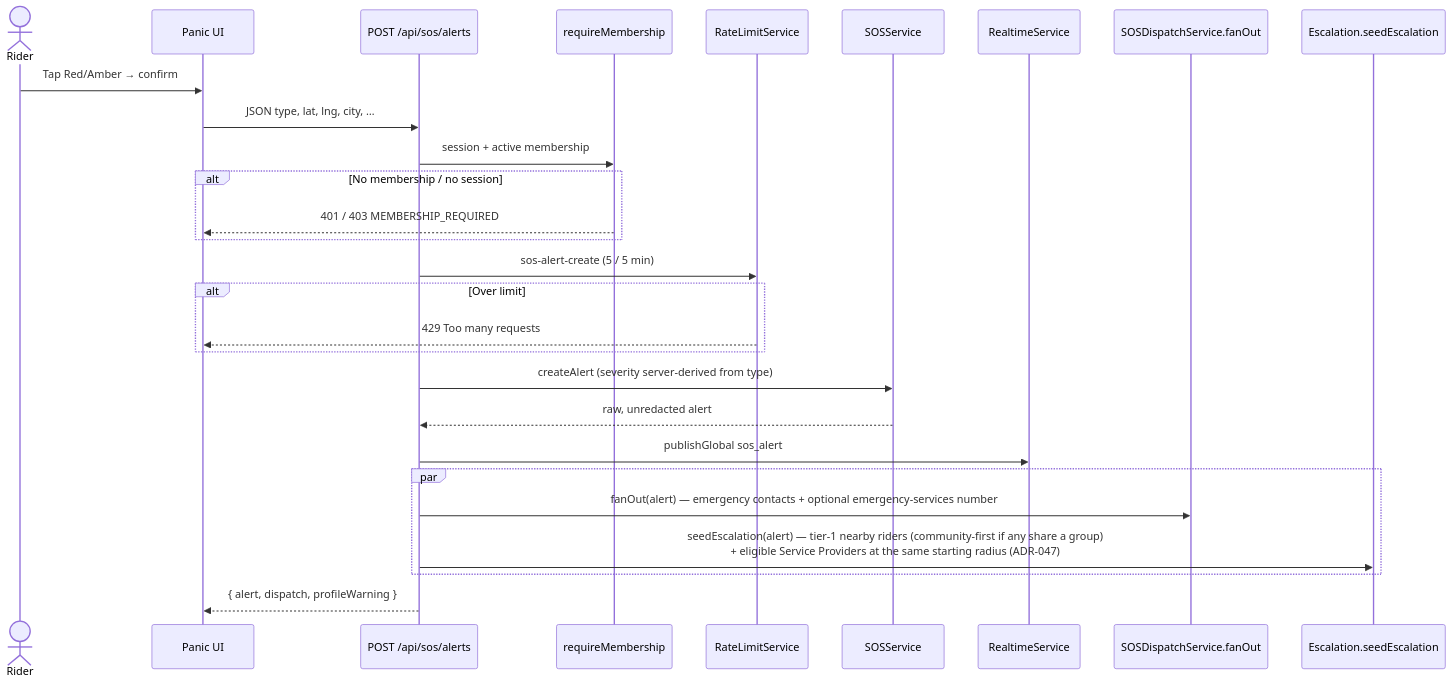
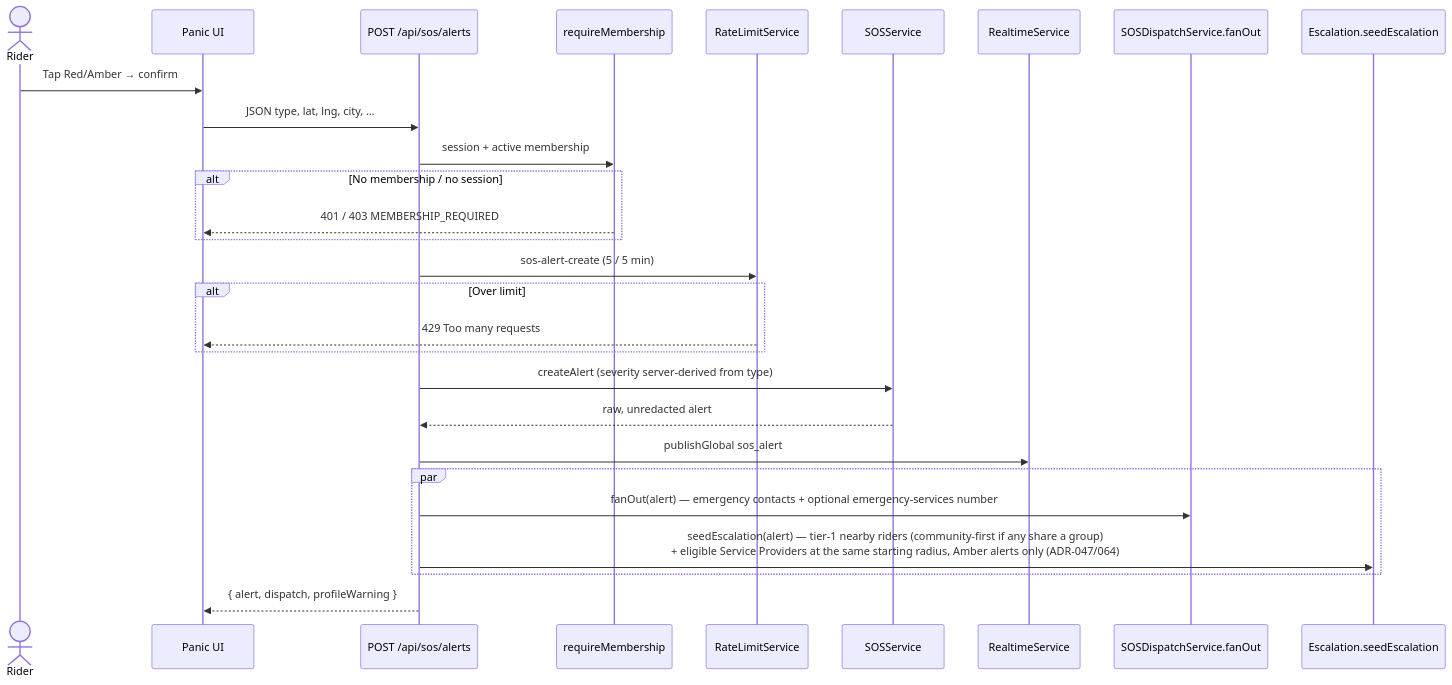
Before and after one commit to RiteshKumarNitk/bikie: the second of 5 diagrams in .docs/SOS.md, drawn with Mermaid. The commit also changed other lines of this file and 9 other files, not shown here.

````diff
--- a/.docs/SOS.md
+++ b/.docs/SOS.md
@@ -58,31 +72,31 @@
 ```mermaid
 sequenceDiagram
   actor Rider
   participant UI as Panic UI
   participant API as POST /api/sos/alerts
   participant Auth as requireMembership
   participant RL as RateLimitService
   participant SOS as SOSService
   participant RT as RealtimeService
   participant Fan as SOSDispatchService.fanOut
   participant Esc as Escalation.seedEscalation
 
   Rider->>UI: Tap Red/Amber → confirm
   UI->>API: JSON type, lat, lng, city, …
   API->>Auth: session + active membership
   alt No membership / no session
     Auth-->>UI: 401 / 403 MEMBERSHIP_REQUIRED
   end
   API->>RL: sos-alert-create (5 / 5 min)
   alt Over limit
     RL-->>UI: 429 Too many requests
   end
   API->>SOS: createAlert (severity server-derived from type)
   SOS-->>API: raw, unredacted alert
   API->>RT: publishGlobal sos_alert
   par
     API->>Fan: fanOut(alert) — emergency contacts + optional emergency-services number
-    API->>Esc: seedEscalation(alert) — tier-1 nearby riders (community-first if any share a group)<br/>+ eligible Service Providers at the same starting radius (ADR-047)
+    API->>Esc: seedEscalation(alert) — tier-1 nearby riders (community-first if any share a group)<br/>+ eligible Service Providers at the same starting radius, Amber alerts only (ADR-047/064)
   end
   API-->>UI: { alert, dispatch, profileWarning }
 ```
````
